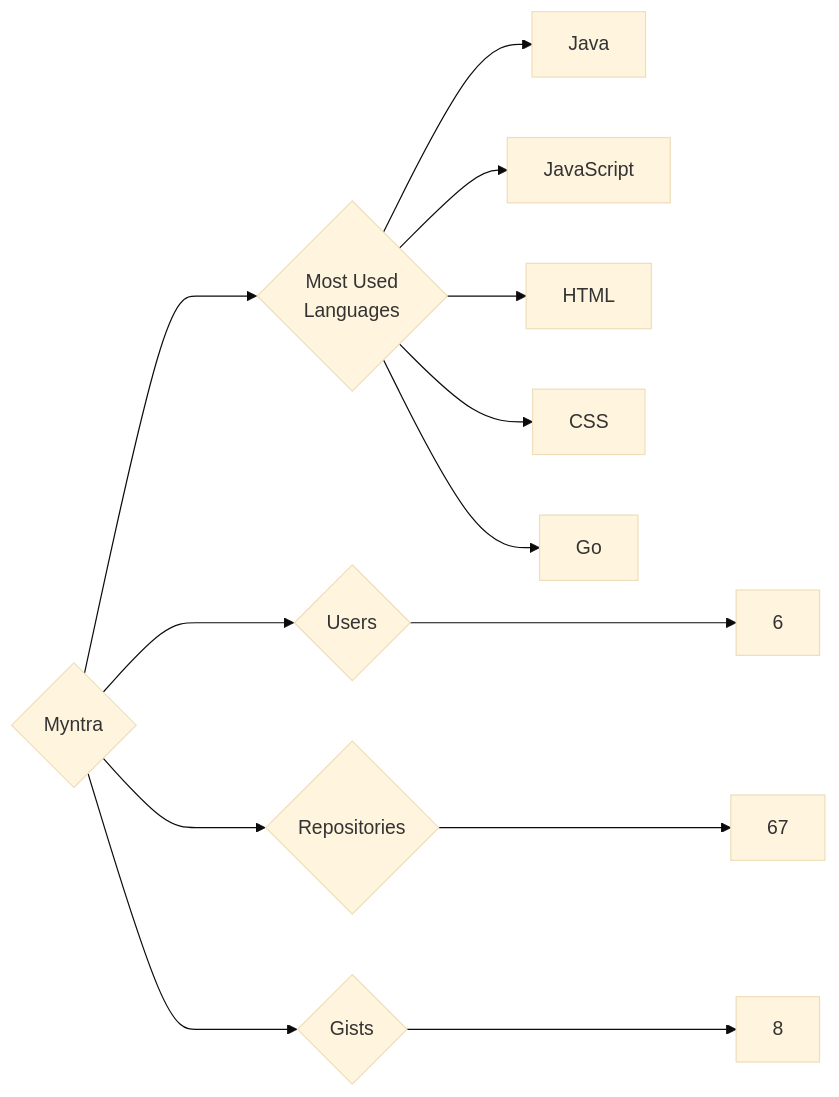
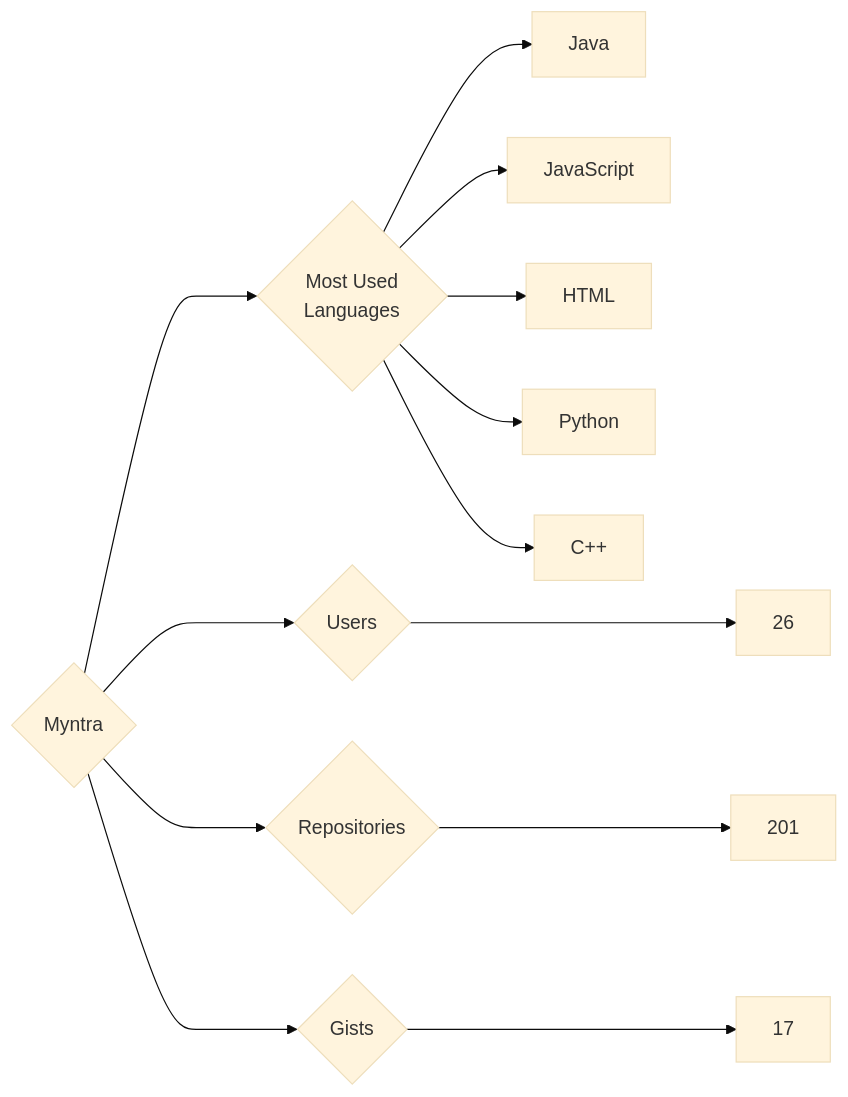
The diagram in targets/Myntra/README.md (trickest/insiders), drawn with Mermaid (base theme) before and after one commit. The commit also changed 829 other files, not shown here.

````diff
--- a/targets/Myntra/README.md
+++ b/targets/Myntra/README.md
@@ -3,13 +3,13 @@
 ```mermaid
 graph LR
 COMPANY_NAME{Myntra}
-COMPANY_NAME ---> U{Users} ---> UN[6]
-COMPANY_NAME ---> R{Repositories} ---> RN[67]
-COMPANY_NAME ---> G{Gists} ---> GN[8]
+COMPANY_NAME ---> U{Users} ---> UN[26]
+COMPANY_NAME ---> R{Repositories} ---> RN[201]
+COMPANY_NAME ---> G{Gists} ---> GN[17]
 COMPANY_NAME ---> ML{Most Used<br>Languages}
 ML --> Java[Java]
 ML --> JavaScript[JavaScript]
 ML --> HTML[HTML]
-ML --> CSS[CSS]
-ML --> Go[Go]
+ML --> Python[Python]
+ML --> C++[C++]
 ```
````
